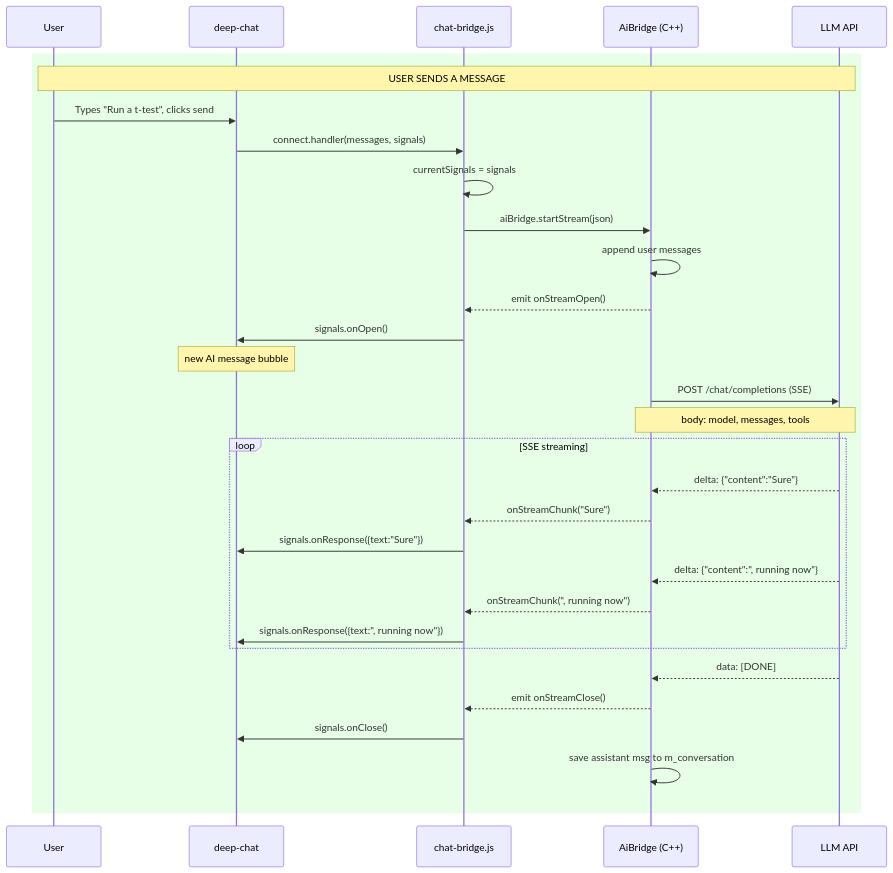
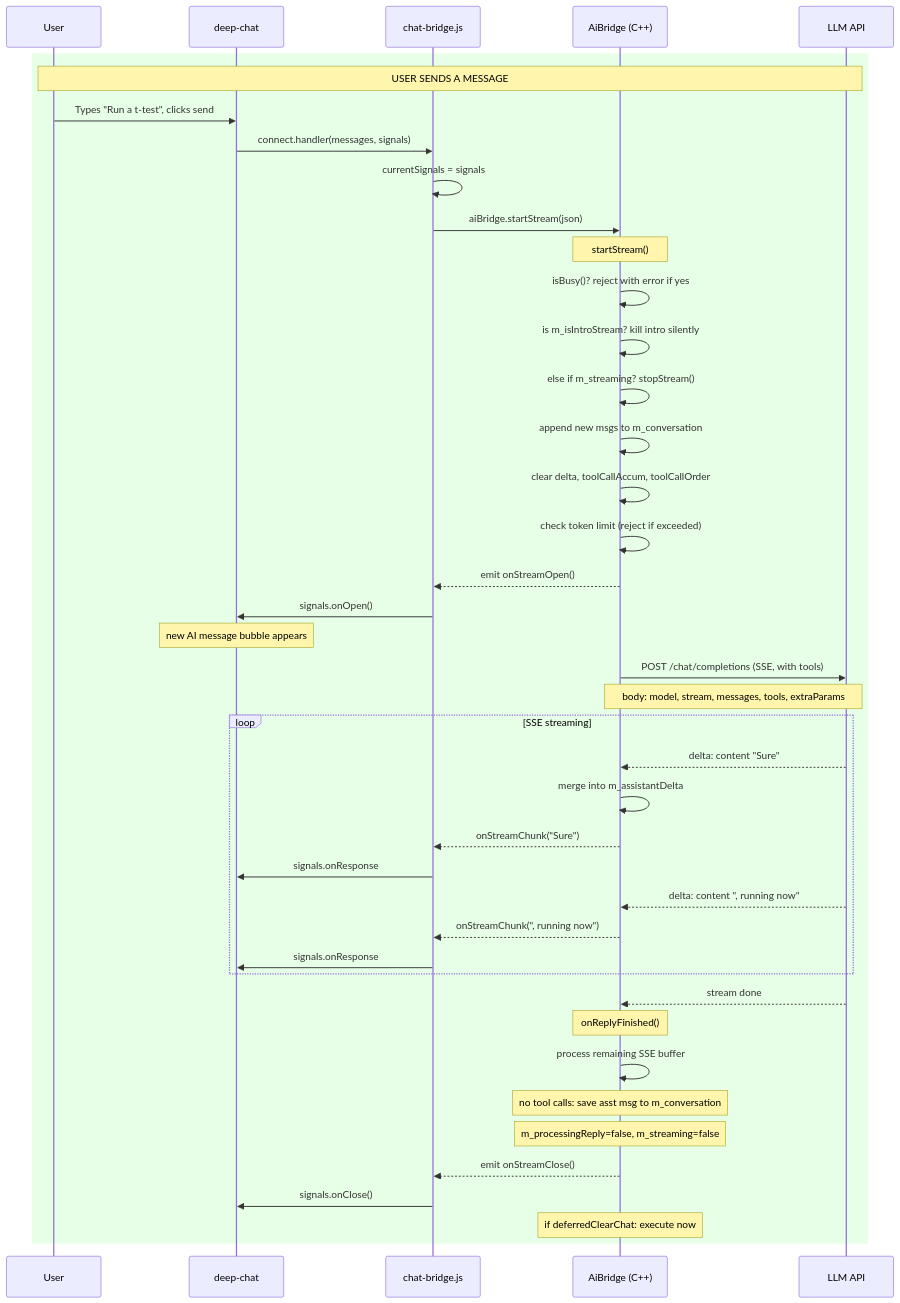
The diagram in Docs/development/aiBridge/02_user_message_flow.mmd (jasp-stats/jasp-desktop), drawn with Mermaid before and after one commit. The commit also changed 14 other files, not shown here.

```diff
--- a/Docs/development/aiBridge/02_user_message_flow.mmd
+++ b/Docs/development/aiBridge/02_user_message_flow.mmd
@@ -1,32 +1,44 @@
 sequenceDiagram
     participant User
     participant DC as deep-chat
     participant JS as chat-bridge.js
     participant CPP as AiBridge (C++)
     participant API as LLM API
 
     rect rgb(230, 255, 230)
         Note over User,API: USER SENDS A MESSAGE
         User->>DC: Types "Run a t-test", clicks send
         DC->>JS: connect.handler(messages, signals)
         JS->>JS: currentSignals = signals
         JS->>CPP: aiBridge.startStream(json)
-        CPP->>CPP: append user messages
+
+        Note over CPP: startStream()
+        CPP->>CPP: isBusy()? reject with error if yes
+        CPP->>CPP: is m_isIntroStream? kill intro silently
+        CPP->>CPP: else if m_streaming? stopStream()
+        CPP->>CPP: append new msgs to m_conversation
+        CPP->>CPP: clear delta, toolCallAccum, toolCallOrder
+        CPP->>CPP: check token limit (reject if exceeded)
         CPP-->>JS: emit onStreamOpen()
         JS->>DC: signals.onOpen()
-        Note over DC: new AI message bubble
-        CPP->>API: POST /chat/completions (SSE)
-        Note over CPP,API: body: model, messages, tools
+        Note over DC: new AI message bubble appears
+        CPP->>API: POST /chat/completions (SSE, with tools)
+        Note over CPP,API: body: model, stream, messages, tools, extraParams
         loop SSE streaming
-            API-->>CPP: delta: {"content":"Sure"}
+            API-->>CPP: delta: content "Sure"
+            CPP->>CPP: merge into m_assistantDelta
             CPP-->>JS: onStreamChunk("Sure")
-            JS->>DC: signals.onResponse({text:"Sure"})
-            API-->>CPP: delta: {"content":", running now"}
+            JS->>DC: signals.onResponse
+            API-->>CPP: delta: content ", running now"
             CPP-->>JS: onStreamChunk(", running now")
-            JS->>DC: signals.onResponse({text:", running now"})
+            JS->>DC: signals.onResponse
         end
-        API-->>CPP: data: [DONE]
+        API-->>CPP: stream done
+        Note over CPP: onReplyFinished()
+        CPP->>CPP: process remaining SSE buffer
+        Note over CPP: no tool calls: save asst msg to m_conversation
+        Note over CPP: m_processingReply=false, m_streaming=false
         CPP-->>JS: emit onStreamClose()
         JS->>DC: signals.onClose()
-        CPP->>CPP: save assistant msg to m_conversation
+        Note over CPP: if deferredClearChat: execute now
     end
```
